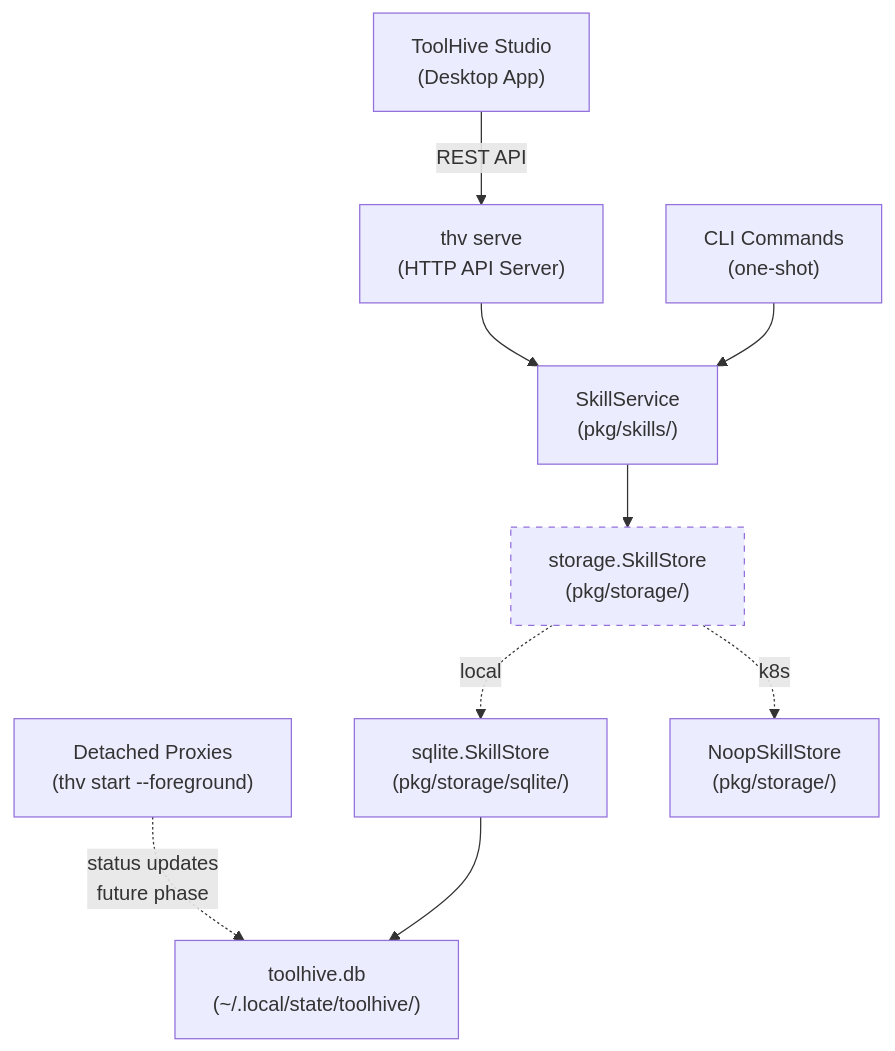
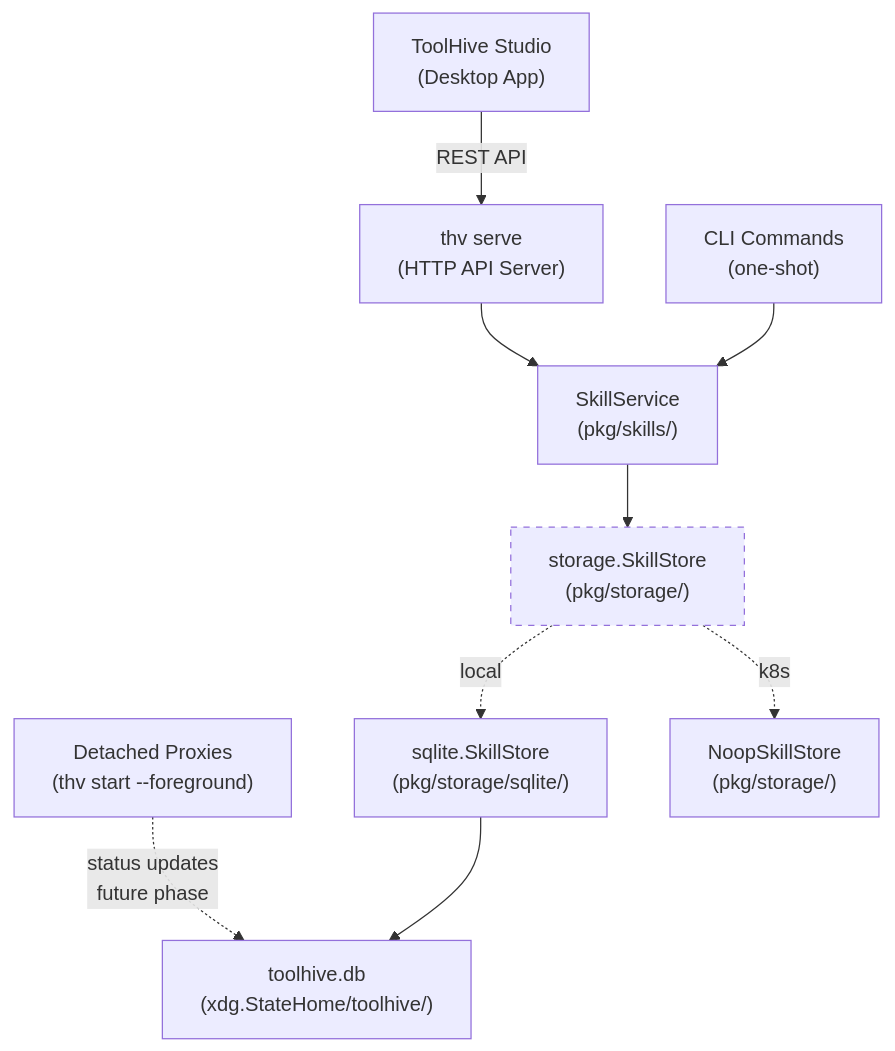
One commit to stacklok/toolhive-rfcs changed the diagram in rfcs/THV-0041-sqlite-state-management.md. Above: the diagram before and after it, drawn with Mermaid. The commit also changed other lines of this file, not shown here.

````diff
--- a/rfcs/THV-0041-sqlite-state-management.md
+++ b/rfcs/THV-0041-sqlite-state-management.md
@@ -95,25 +95,25 @@
 ```mermaid
 flowchart TD
     Studio["ToolHive Studio<br/>(Desktop App)"]
     API["thv serve<br/>(HTTP API Server)"]
     CLI["CLI Commands<br/>(one-shot)"]
     Proxy["Detached Proxies<br/>(thv start --foreground)"]
 
     SkillSvc["SkillService<br/>(pkg/skills/)"]
     StoreIface["storage.SkillStore<br/>(pkg/storage/)"]
     SQLiteImpl["sqlite.SkillStore<br/>(pkg/storage/sqlite/)"]
     NoopImpl["NoopSkillStore<br/>(pkg/storage/)"]
-    DB["toolhive.db<br/>(~/.local/state/toolhive/)"]
+    DB["toolhive.db<br/>(xdg.StateHome/toolhive/)"]
 
     Studio -->|REST API| API
     API --> SkillSvc
     CLI --> SkillSvc
     Proxy -.->|status updates<br/>future phase| DB
 
     SkillSvc --> StoreIface
     StoreIface -.->|local| SQLiteImpl
     StoreIface -.->|k8s| NoopImpl
     SQLiteImpl --> DB
 
     style StoreIface stroke-dasharray: 5 5
 ```
````
